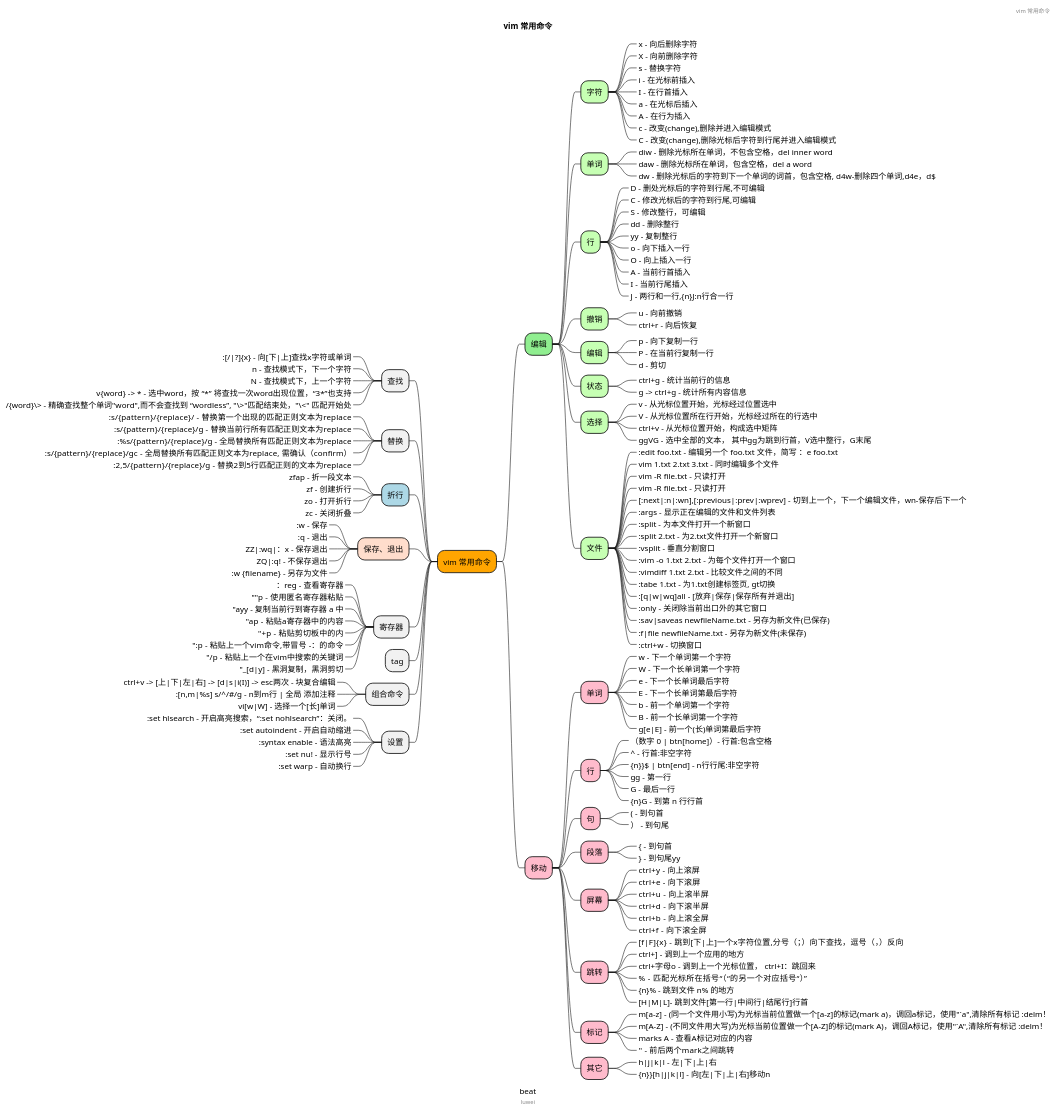
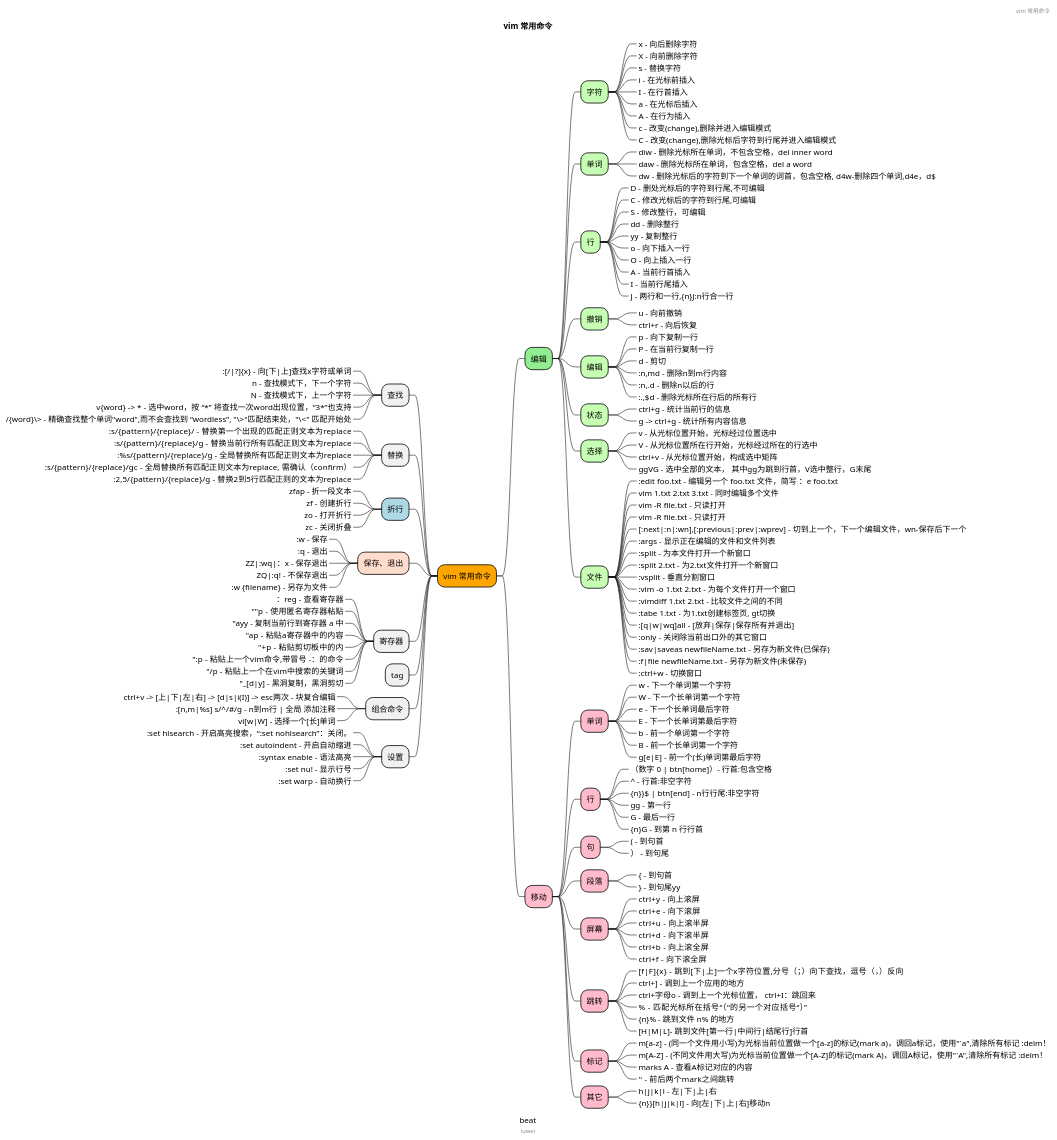
Before and after one commit to lwpk110/tutorial: the diagram in asciidoc/src/docs/diagram/vim-cmd.puml, drawn with PlantUML. The commit also changed 1 other file, not shown here.

```diff
--- a/asciidoc/src/docs/diagram/vim-cmd.puml
+++ b/asciidoc/src/docs/diagram/vim-cmd.puml
@@ -1,176 +1,179 @@
 @startmindmap
 'https://plantuml.com/mindmap-diagram
 
 caption beat
 title  vim 常用命令
 
 *[#Orange] vim 常用命令
 **[#lightgreen] 编辑
 ***[#c6ffb3] 字符
 ****_  x - 向后删除字符
 ****_  X - 向前删除字符
 ****_  s - 替换字符
 ****_  i - 在光标前插入
 ****_  I - 在行首插入
 ****_  a - 在光标后插入
 ****_  A - 在行为插入
 ****_  c - 改变(change),删除并进入编辑模式
 ****_  C - 改变(change),删除光标后字符到行尾并进入编辑模式
 ***[#c6ffb3] 单词
 ****_  diw - 删除光标所在单词，不包含空格，del inner word
 ****_  daw - 删除光标所在单词，包含空格，del a word
 ****_  dw - 删除光标后的字符到下一个单词的词首，包含空格, d4w-删除四个单词,d4e，d$
 ***[#c6ffb3] 行
 ****_  D - 删处光标后的字符到行尾,不可编辑
 ****_  C - 修改光标后的字符到行尾,可编辑
 ****_  S - 修改整行，可编辑
 ****_  dd - 删除整行
 ****_  yy - 复制整行
 ****_  o - 向下插入一行
 ****_  O - 向上插入一行
 ****_  A - 当前行首插入
 ****_  I - 当前行尾插入
 ****_  J - 两行和一行,{n}J:n行合一行
 ***[#c6ffb3]  撤销
 ****_  u - 向前撤销
 ****_  ctrl+r - 向后恢复
 ***[#c6ffb3] 编辑
 ****_ p - 向下复制一行
 ****_ P - 在当前行复制一行
 ****_ d - 剪切
+****_ :n,md - 删除n到m行内容
+****_ :n,.d - 删除n以后的行
+****_ :.,$d - 删除光标所在行后的所有行
 ***[#c6ffb3] 状态
 ****_  ctrl+g - 统计当前行的信息
 ****_  g -> ctrl+g - 统计所有内容信息
 ***[#c6ffb3] 选择
 ****_  v - 从光标位置开始，光标经过位置选中
 ****_  V - 从光标位置所在行开始，光标经过所在的行选中
 ****_  ctrl+v - 从光标位置开始，构成选中矩阵
 ****_ ggVG - 选中全部的文本， 其中gg为跳到行首，V选中整行，G末尾
 ***[#c6ffb3] 文件
 ****_ :edit foo.txt - 编辑另一个 foo.txt 文件，简写 ：e foo.txt
 ****_ vim 1.txt 2.txt 3.txt - 同时编辑多个文件
 ****_ vim -R file.txt - 只读打开
 ****_ vim -R file.txt - 只读打开
 ****_ [:next|:n|:wn],[:previous|:prev|:wprev] - 切到上一个，下一个编辑文件，wn-保存后下一个
 ****_ :args - 显示正在编辑的文件和文件列表
 ****_ :split - 为本文件打开一个新窗口
 ****_ :split 2.txt - 为2.txt文件打开一个新窗口
 ****_ :vsplit - 垂直分割窗口
 ****_ :vim -o 1.txt 2.txt - 为每个文件打开一个窗口
 ****_ :vimdiff 1.txt 2.txt - 比较文件之间的不同
 ****_ :tabe 1.txt - 为1.txt创建标签页, gt切换
 ****_ :[q|w|wq]all - [放弃|保存|保存所有并退出]
 ****_ :only - 关闭除当前出口外的其它窗口
 ****_ :sav|saveas newfileName.txt - 另存为新文件(已保存)
 ****_ :f|file newfileName.txt - 另存为新文件(未保存)
 ****_ :ctrl+w - 切换窗口
 
 
 **[#FFBBCC] 移动
 ***[#FFBBCC] 单词
 ****_ w - 下一个单词第一个字符
 ****_ W - 下一个长单词第一个字符
 ****_ e - 下一个长单词最后字符
 ****_ E - 下一个长单词第最后字符
 ****_ b - 前一个单词第一个字符
 ****_ B - 前一个长单词第一个字符
 ****_ g[e|E] - 前一个(长)单词第最后字符
 ***[#FFBBCC] 行
 ****_ （数字 0 | btn[home]）- 行首:包含空格
 ****_  ^ - 行首:非空字符
 ****_  {n}}$ | btn[end] - n行行尾:非空字符
 ****_  gg - 第一行
 ****_  G - 最后一行
 ****_  {n}G - 到第 n 行行首
 ***[#FFBBCC] 句
 ****_  ( - 到句首
 ****_  ） - 到句尾
 ***[#FFBBCC] 段落
 ****_  { - 到句首
 ****_  } - 到句尾yy
 ***[#FFBBCC] 屏幕
 ****_  ctrl+y  - 向上滚屏
 ****_  ctrl+e  - 向下滚屏
 ****_  ctrl+u  - 向上滚半屏
 ****_  ctrl+d  - 向下滚半屏
 ****_  ctrl+b  - 向上滚全屏
 ****_  ctrl+f  - 向下滚全屏
 ***[#FFBBCC] 跳转
 ****_ [f|F]{x} - 跳到[下|上]一个x字符位置,分号（；）向下查找，逗号（，）反向
 ****_ ctrl+] - 调到上一个应用的地方
 ****_ ctrl+字母o - 调到上一个光标位置， ctrl+I：跳回来
 ****_ % - 匹配光标所在括号“（“的另一个对应括号“）”
 ****_ {n}% - 跳到文件 n% 的地方
 ****_ [H|M|L]- 跳到文件[第一行|中间行|结尾行]行首
 ***[#FFBBCC] 标记
 ****_  m[a-z] - (同一个文件用小写)为光标当前位置做一个[a-z]的标记(mark a)，调回a标记，使用"`a",清除所有标记 :delm！
 ****_  m[A-Z] - (不同文件用大写)为光标当前位置做一个[A-Z]的标记(mark A)，调回A标记，使用"`A",清除所有标记 :delm！
 ****_  marks A - 查看A标记对应的内容
 ****_ ''  - 前后两个mark之间跳转
 ***[#FFBBCC]  其它
 ****_ h|j|k|l - 左|下|上|右
 ****_ {n}}[h|j|k|l] - 向[左|下|上|右]移动n
 -- 查找
 ---_ :[/|?]{x} - 向[下|上]查找x字符或单词
 ---_ n - 查找模式下，下一个字符
 ---_ N - 查找模式下，上一个字符
 ---_ v{word} -> * - 选中word，按 “*” 将查找一次word出现位置，“3*”也支持
 ---_ /{word}\> - 精确查找整个单词"word",而不会查找到 “wordless”, "\>"匹配结束处，"\<" 匹配开始处
 -- 替换
 ---_ :s/{pattern}/{replace}/    - 替换第一个出现的匹配正则文本为replace
 ---_ :s/{pattern}/{replace}/g   - 替换当前行所有匹配正则文本为replace
 ---_ :%s/{pattern}/{replace}/g  - 全局替换所有匹配正则文本为replace
 ---_ :s/{pattern}/{replace}/gc  -  全局替换所有匹配正则文本为replace, 需确认（confirm）
 ---_ :2,5/{pattern}/{replace}/g  -  替换2到5行匹配正则的文本为replace
 --[#lightblue] 折行
 ---_ zfap - 折一段文本
 ---_ zf - 创建折行
 ---_ zo - 打开折行
 ---_ zc - 关闭折叠
 --[#ffddcc] 保存、退出
 ---_ :w - 保存
 ---_ :q - 退出
 ---_ ZZ|:wq|：x - 保存退出
 ---_ ZQ|:q! - 不保存退出
 ---_ :w {filename} - 另存为文件
 -- 寄存器
 ---_ ：reg - 查看寄存器
 ---_ ""p  - 使用匿名寄存器粘贴
 ---_ "ayy - 复制当前行到寄存器 a 中
 ---_ "ap -  粘贴a寄存器中的内容
 ---_ "+p -  粘贴剪切板中的内
 ---_ ":p -  粘贴上一个vim命令,带冒号 -：的命令
 ---_ "/p -  粘贴上一个在vim中搜索的关键词
 ---_ "_[d|y] - 黑洞复制，黑洞剪切
 -- tag
 -- 组合命令
 ---_ ctrl+v -> [上|下|左|右] -> [d|s|i(I)] -> esc两次 - 块复合编辑
 ---_ :[n,m|%s] s/^/#/g - n到m行 | 全局 添加注释
 ---_ vi[w|W] - 选择一个[长]单词
 -- 设置
 ---_ :set hlsearch - 开启高亮搜索，“:set nohlsearch”：关闭。
 ---_ :set autoindent - 开启自动缩进
 ---_ :syntax enable - 语法高亮
 ---_ :set nu! - 显示行号
 ---_ :set warp - 自动换行
 
 header
 vim 常用命令
 endheader
 
 center footer luwei
 'legend
 '#vim 命令字符含义
 '#|字符|含义|
 '#|$|指定范围|
 '|%|全局|
 'endlegend
 
 'center footer My super footer
 'legend
 '    |Color| Type |
 '    |<#FF0000>| Type A class|
 '    |<#00FF00>| Type B class|
 '    |<#0000FF>| Type C class|
 'endlegend
 @endmindmap
```
